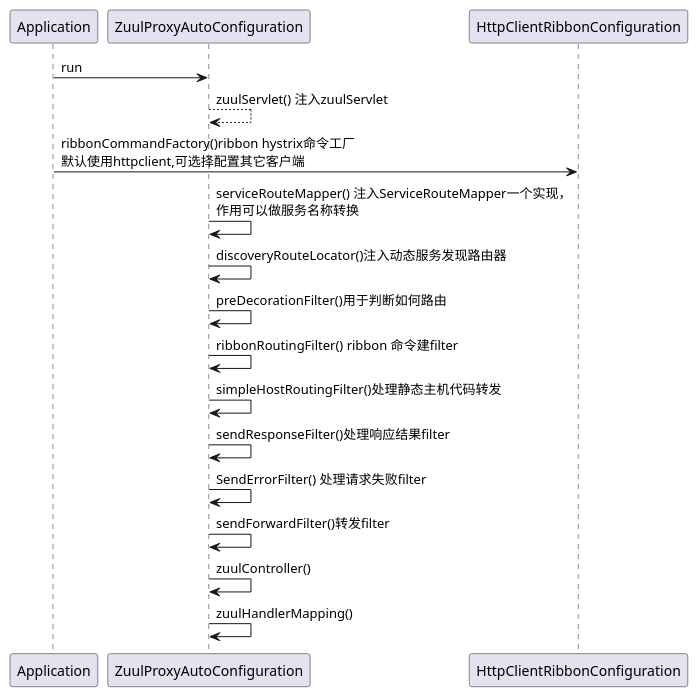
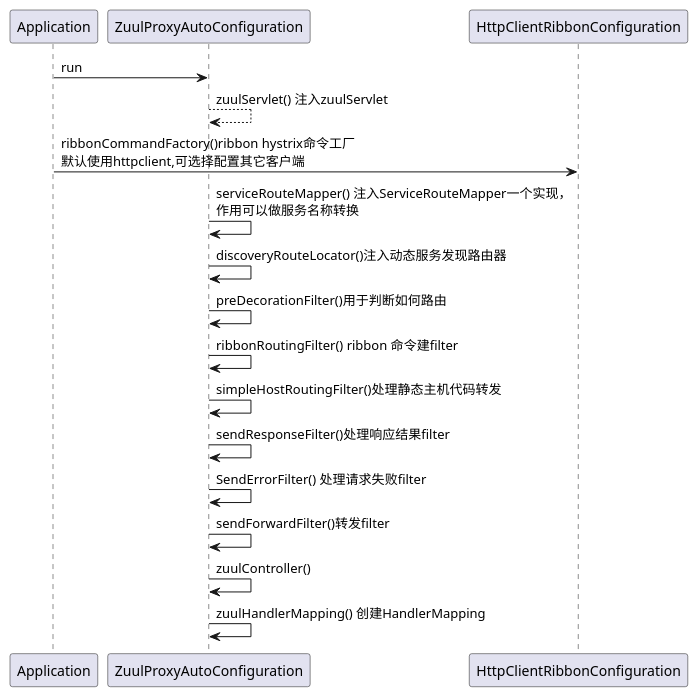
Before and after one commit to evefost/spring-cloud-demo: the diagram in zuul/doc/zuul-初始化过程.puml, drawn with PlantUML. The commit also changed 6 other files, not shown here.

```diff
--- a/zuul/doc/zuul-初始化过程.puml
+++ b/zuul/doc/zuul-初始化过程.puml
@@ -1,15 +1,15 @@
 @startuml
 Application -> ZuulProxyAutoConfiguration:run
 ZuulProxyAutoConfiguration --> ZuulProxyAutoConfiguration:zuulServlet() 注入zuulServlet
 Application -> HttpClientRibbonConfiguration:ribbonCommandFactory()ribbon hystrix命令工厂\n默认使用httpclient,可选择配置其它客户端
 ZuulProxyAutoConfiguration->ZuulProxyAutoConfiguration:serviceRouteMapper() 注入ServiceRouteMapper一个实现，\n作用可以做服务名称转换
 ZuulProxyAutoConfiguration->ZuulProxyAutoConfiguration:discoveryRouteLocator()注入动态服务发现路由器
 ZuulProxyAutoConfiguration->ZuulProxyAutoConfiguration:preDecorationFilter()用于判断如何路由
 ZuulProxyAutoConfiguration->ZuulProxyAutoConfiguration:ribbonRoutingFilter() ribbon 命令建filter
 ZuulProxyAutoConfiguration->ZuulProxyAutoConfiguration:simpleHostRoutingFilter()处理静态主机代码转发
 ZuulProxyAutoConfiguration->ZuulProxyAutoConfiguration:sendResponseFilter()处理响应结果filter
 ZuulProxyAutoConfiguration->ZuulProxyAutoConfiguration:SendErrorFilter() 处理请求失败filter
 ZuulProxyAutoConfiguration->ZuulProxyAutoConfiguration:sendForwardFilter()转发filter
 ZuulProxyAutoConfiguration->ZuulProxyAutoConfiguration:zuulController()
-ZuulProxyAutoConfiguration->ZuulProxyAutoConfiguration:zuulHandlerMapping()
+ZuulProxyAutoConfiguration->ZuulProxyAutoConfiguration:zuulHandlerMapping() 创建HandlerMapping
 @enduml
```
